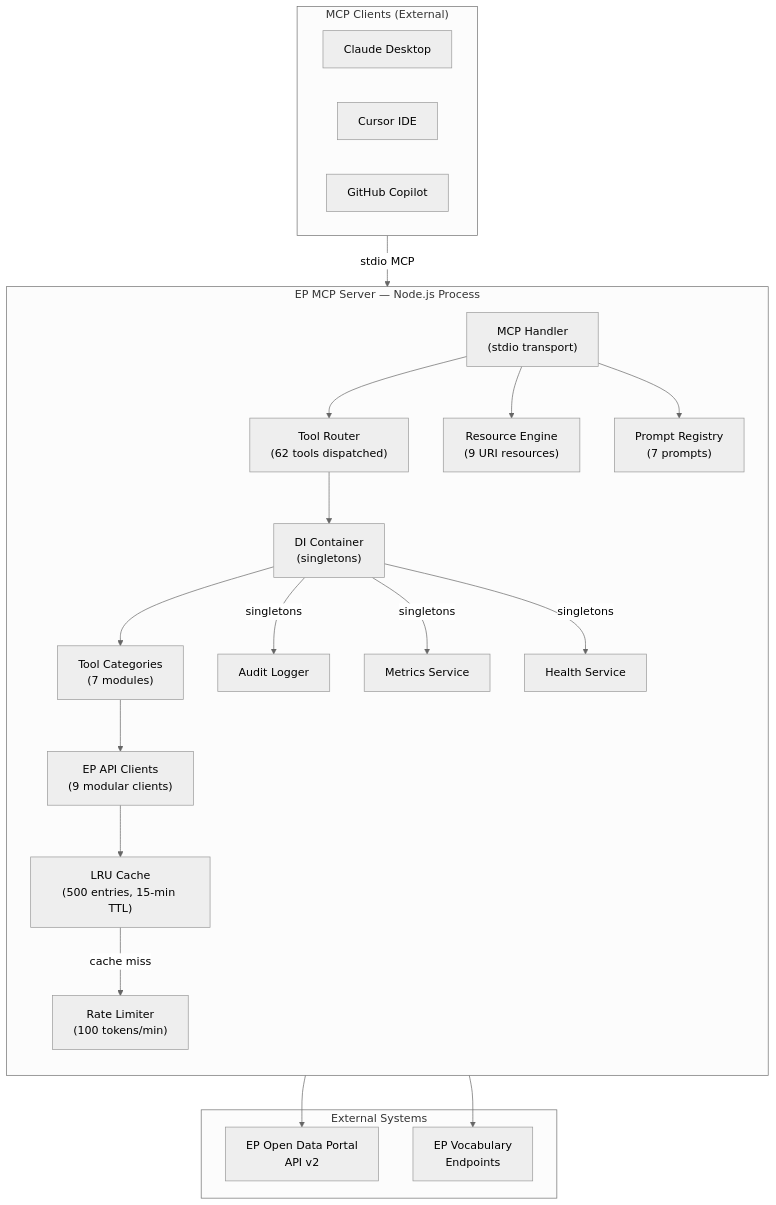
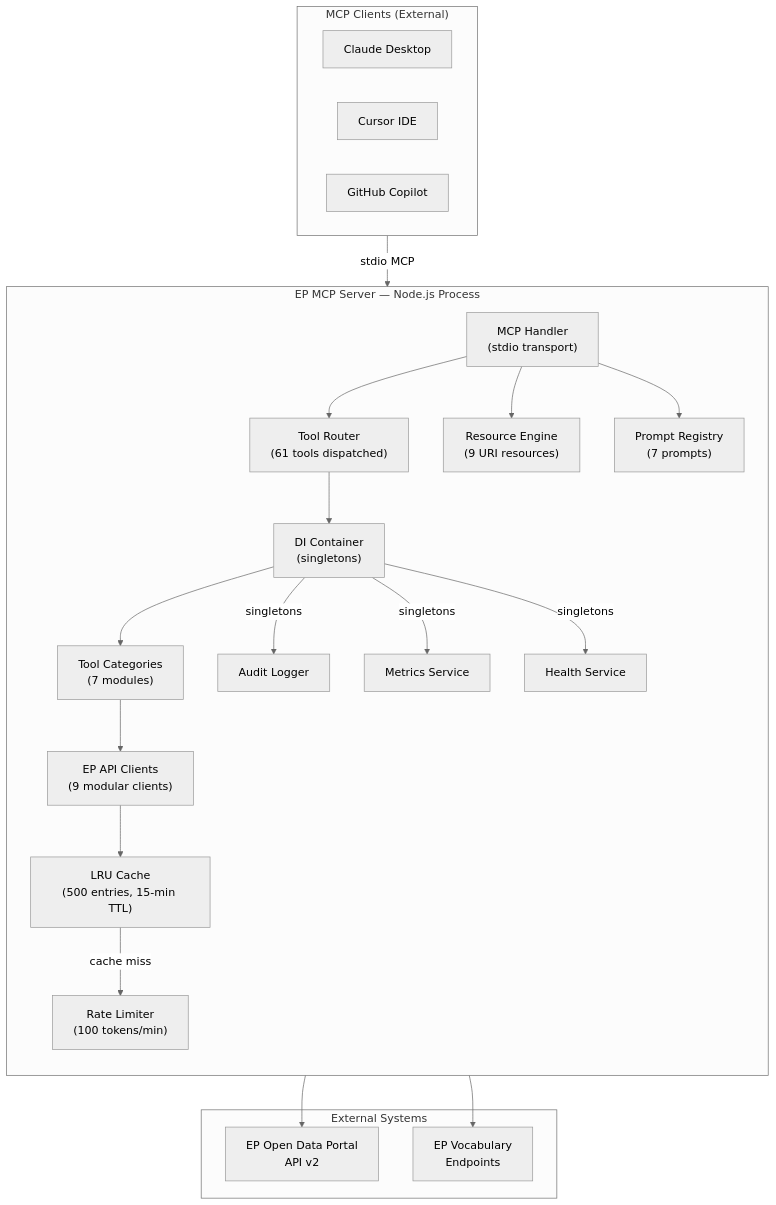
One commit to Hack23/European-Parliament-MCP-Server changed the second of 4 diagrams in ARCHITECTURE.md. Above: the diagram before and after it, drawn with Mermaid (neutral theme). The commit also changed other lines of this file and 15 other files, not shown here.

Commit message:
docs: fix tool count 62→61 (correct actual withCategory invocations), fix component diagram with feed tools

````diff
--- a/ARCHITECTURE.md
+++ b/ARCHITECTURE.md
@@ -102,44 +102,44 @@
 ```mermaid
 flowchart TD
     subgraph MCPClients["MCP Clients (External)"]
         CC["Claude Desktop"]
         CU["Cursor IDE"]
         CO["GitHub Copilot"]
     end
 
     subgraph EPMCPServer["EP MCP Server — Node.js Process"]
         direction TB
         MH["MCP Handler\n(stdio transport)"]
-        TR["Tool Router\n(62 tools dispatched)"]
+        TR["Tool Router\n(61 tools dispatched)"]
         RE["Resource Engine\n(9 URI resources)"]
         PR["Prompt Registry\n(7 prompts)"]
         DI["DI Container\n(singletons)"]
         TC["Tool Categories\n(7 modules)"]
         EC["EP API Clients\n(9 modular clients)"]
         CA["LRU Cache\n(500 entries, 15-min TTL)"]
         RL["Rate Limiter\n(100 tokens/min)"]
         AL["Audit Logger"]
         MS["Metrics Service"]
         HS["Health Service"]
     end
 
     subgraph ExternalSystems["External Systems"]
         EPA["EP Open Data Portal\nAPI v2"]
         EV["EP Vocabulary\nEndpoints"]
     end
 
     MCPClients -->|"stdio MCP"| MH
     MH --> TR
     MH --> RE
     MH --> PR
     TR --> DI
     DI --> TC
     TC --> EC
     EC --> CA
     CA -->|"cache miss"| RL
     RL --> EPA
     EC --> EV
     DI -->|"singletons"| AL
     DI -->|"singletons"| MS
     DI -->|"singletons"| HS
 ```
````
